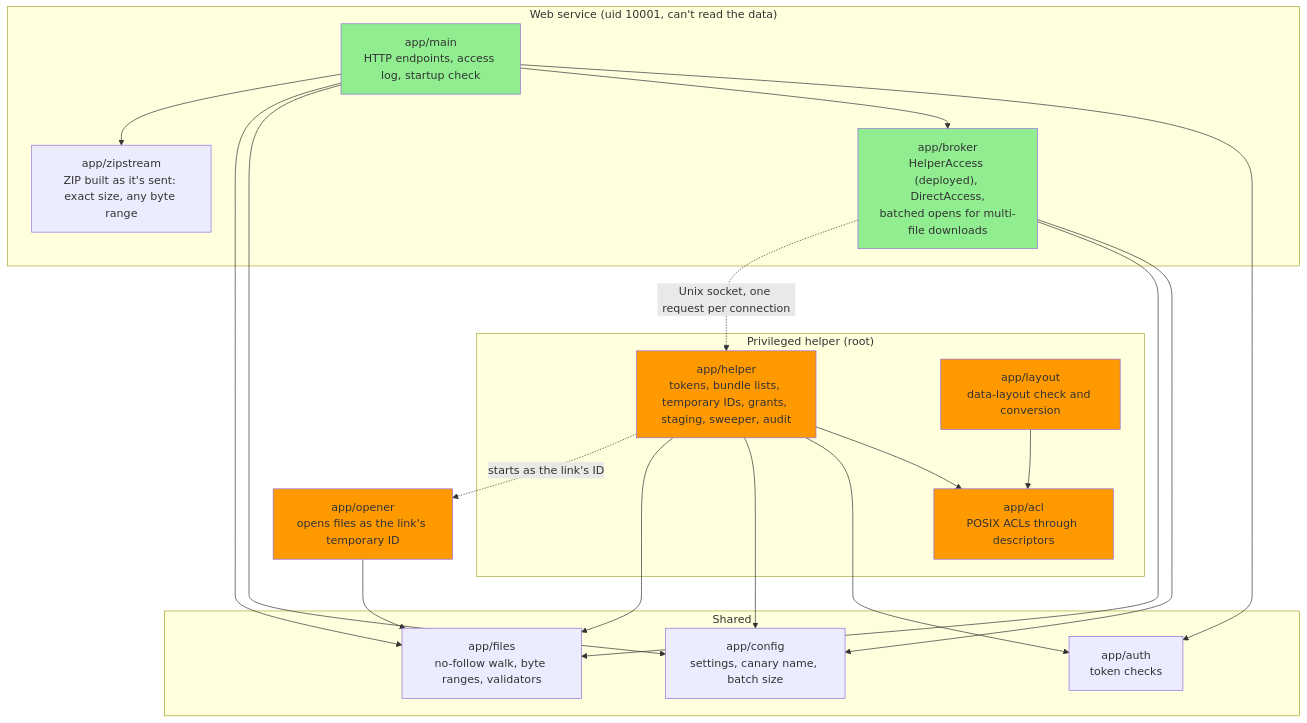
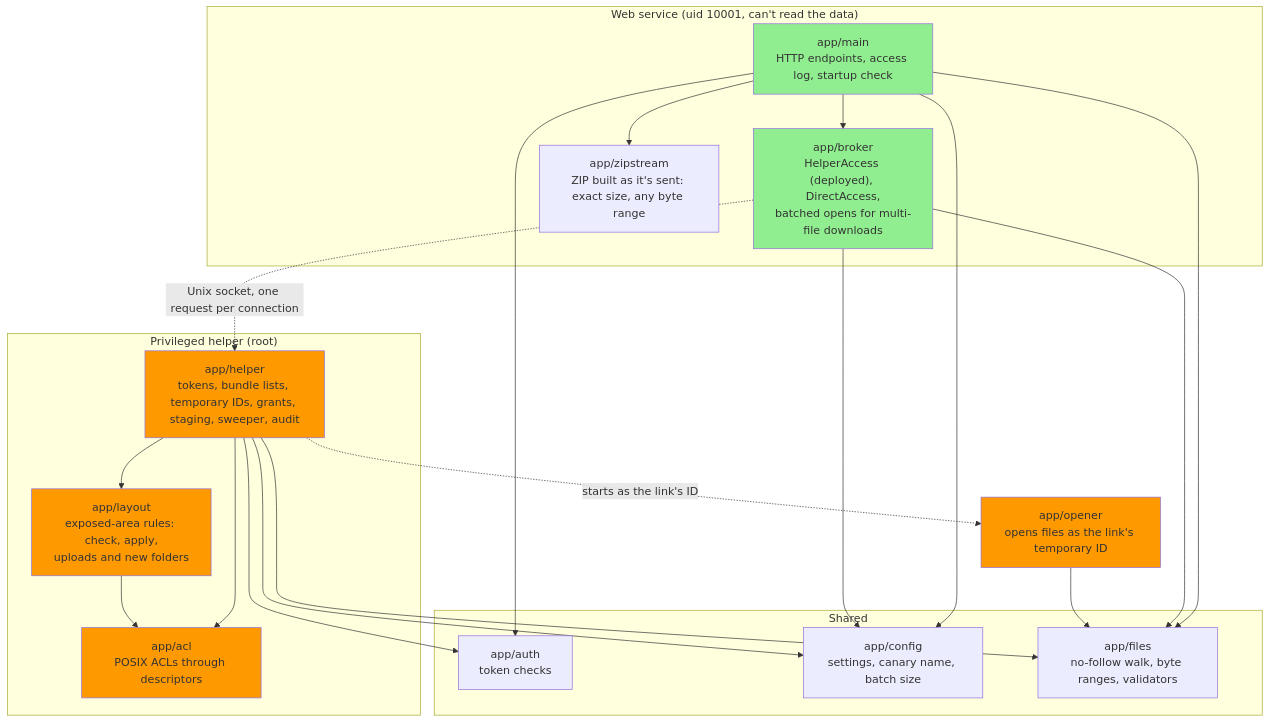
Before and after one commit to pmahon3/Data-Portal: the second of 3 diagrams in docs/diagrams/posix-components.md, drawn with Mermaid. The commit also changed 6 other files, not shown here.

First line of the commit message:
feat(posix): the exposed area stays a working area for researchers' processes

````diff
--- a/docs/diagrams/posix-components.md
+++ b/docs/diagrams/posix-components.md
@@ -66,44 +66,45 @@
 ```mermaid
 %% check: gateway-modules
 flowchart TB
     subgraph webside["Web service (uid 10001, can't read the data)"]
         main["app/main<br/>HTTP endpoints, access log, startup check"]
         broker["app/broker<br/>HelperAccess (deployed), DirectAccess,<br/>batched opens for multi-file downloads"]
         zipstream["app/zipstream<br/>ZIP built as it's sent: exact size, any byte range"]
     end
     subgraph shared["Shared"]
         auth["app/auth<br/>token checks"]
         config["app/config<br/>settings, canary name, batch size"]
         files["app/files<br/>no-follow walk, byte ranges, validators"]
     end
     subgraph privileged["Privileged helper (root)"]
         helper["app/helper<br/>tokens, bundle lists, temporary IDs, grants, staging, sweeper, audit"]
         acl["app/acl<br/>POSIX ACLs through descriptors"]
-        layout["app/layout<br/>data-layout check and conversion"]
+        layout["app/layout<br/>exposed-area rules: check, apply,<br/>uploads and new folders"]
     end
     opener["app/opener<br/>opens files as the link's temporary ID"]
 
     main --> auth
     main --> broker
     main --> config
     main --> files
     main --> zipstream
     broker --> config
     broker --> files
     helper --> acl
     helper --> auth
     helper --> config
     helper --> files
+    helper --> layout
     layout --> acl
     opener --> files
 
     broker -. "Unix socket, one request per connection" .-> helper
     helper -. "starts as the link's ID" .-> opener
 
     style main fill:#90EE90
     style broker fill:#90EE90
     style helper fill:#FF9900
     style acl fill:#FF9900
     style layout fill:#FF9900
     style opener fill:#FF9900
 ```
````
